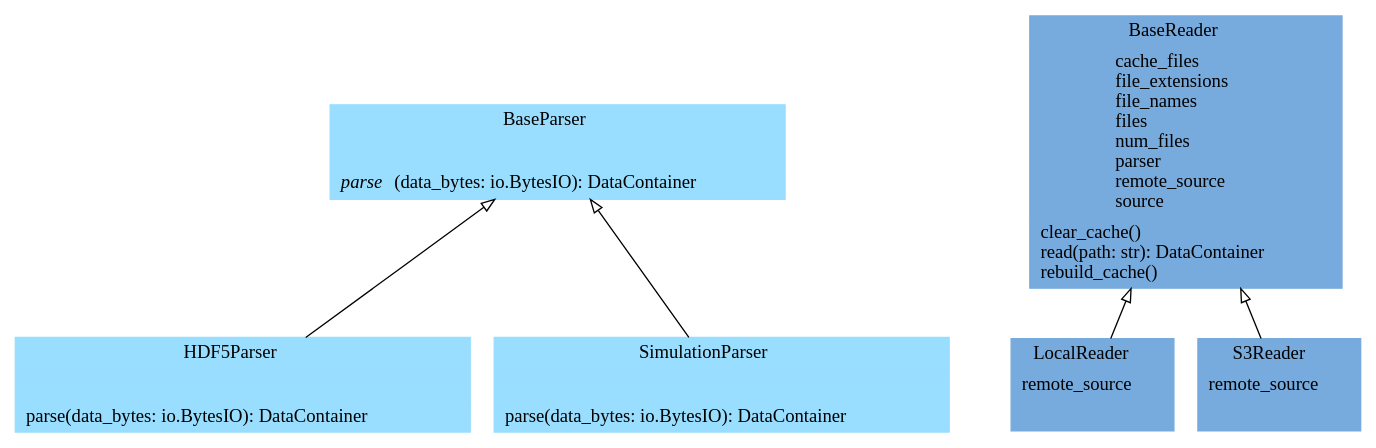
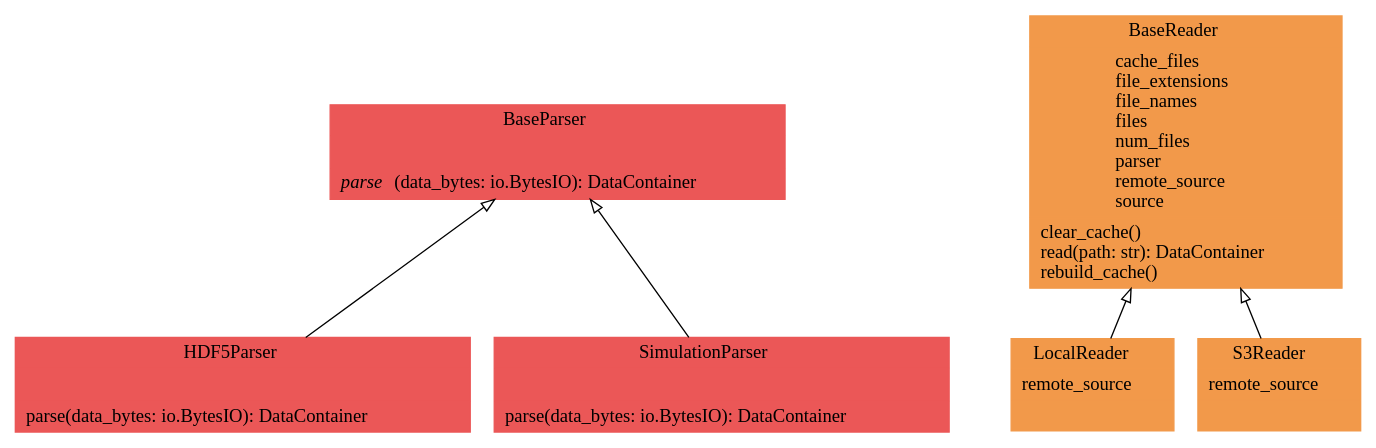
The diagram in docs/pyreverse/classes_pythermondt.readers.gv (voidsy-gmbh/pyThermoNDT), drawn with Graphviz before and after one commit. The commit also changed 29 other files, not shown here.

First line of the commit message:
Update the pyreverse diagrams in documentation folder to make them more readable (#44)

```diff
--- a/docs/pyreverse/classes_pythermondt.readers.gv
+++ b/docs/pyreverse/classes_pythermondt.readers.gv
@@ -1,14 +1,14 @@
 digraph "classes_pythermondt.readers" {
 rankdir=BT
 charset="utf-8"
-"pythermondt.readers.parsers.base_parser.BaseParser" [color="#99DDFF", fontcolor="black", label=<{BaseParser|<br ALIGN="LEFT"/>|<I>parse</I>(data_bytes: io.BytesIO): DataContainer<br ALIGN="LEFT"/>}>, shape="record", style="filled"];
-"pythermondt.readers.base_reader.BaseReader" [color="#77AADD", fontcolor="black", label=<{BaseReader|cache_files<br ALIGN="LEFT"/>file_extensions<br ALIGN="LEFT"/>file_names<br ALIGN="LEFT"/>files<br ALIGN="LEFT"/>num_files<br ALIGN="LEFT"/>parser<br ALIGN="LEFT"/>remote_source<br ALIGN="LEFT"/>source<br ALIGN="LEFT"/>|clear_cache()<br ALIGN="LEFT"/>read(path: str): DataContainer<br ALIGN="LEFT"/>rebuild_cache()<br ALIGN="LEFT"/>}>, shape="record", style="filled"];
-"pythermondt.readers.parsers.hdf5_parser.HDF5Parser" [color="#99DDFF", fontcolor="black", label=<{HDF5Parser|<br ALIGN="LEFT"/>|parse(data_bytes: io.BytesIO): DataContainer<br ALIGN="LEFT"/>}>, shape="record", style="filled"];
-"pythermondt.readers.local_reader.LocalReader" [color="#77AADD", fontcolor="black", label=<{LocalReader|remote_source<br ALIGN="LEFT"/>|}>, shape="record", style="filled"];
-"pythermondt.readers.s3_reader.S3Reader" [color="#77AADD", fontcolor="black", label=<{S3Reader|remote_source<br ALIGN="LEFT"/>|}>, shape="record", style="filled"];
-"pythermondt.readers.parsers.simulation_parser.SimulationParser" [color="#99DDFF", fontcolor="black", label=<{SimulationParser|<br ALIGN="LEFT"/>|parse(data_bytes: io.BytesIO): DataContainer<br ALIGN="LEFT"/>}>, shape="record", style="filled"];
+"pythermondt.readers.parsers.base_parser.BaseParser" [color="#EB5757", fontcolor="black", label=<{BaseParser|<br ALIGN="LEFT"/>|<I>parse</I>(data_bytes: io.BytesIO): DataContainer<br ALIGN="LEFT"/>}>, shape="record", style="filled"];
+"pythermondt.readers.base_reader.BaseReader" [color="#F2994A", fontcolor="black", label=<{BaseReader|cache_files<br ALIGN="LEFT"/>file_extensions<br ALIGN="LEFT"/>file_names<br ALIGN="LEFT"/>files<br ALIGN="LEFT"/>num_files<br ALIGN="LEFT"/>parser<br ALIGN="LEFT"/>remote_source<br ALIGN="LEFT"/>source<br ALIGN="LEFT"/>|clear_cache()<br ALIGN="LEFT"/>read(path: str): DataContainer<br ALIGN="LEFT"/>rebuild_cache()<br ALIGN="LEFT"/>}>, shape="record", style="filled"];
+"pythermondt.readers.parsers.hdf5_parser.HDF5Parser" [color="#EB5757", fontcolor="black", label=<{HDF5Parser|<br ALIGN="LEFT"/>|parse(data_bytes: io.BytesIO): DataContainer<br ALIGN="LEFT"/>}>, shape="record", style="filled"];
+"pythermondt.readers.local_reader.LocalReader" [color="#F2994A", fontcolor="black", label=<{LocalReader|remote_source<br ALIGN="LEFT"/>|}>, shape="record", style="filled"];
+"pythermondt.readers.s3_reader.S3Reader" [color="#F2994A", fontcolor="black", label=<{S3Reader|remote_source<br ALIGN="LEFT"/>|}>, shape="record", style="filled"];
+"pythermondt.readers.parsers.simulation_parser.SimulationParser" [color="#EB5757", fontcolor="black", label=<{SimulationParser|<br ALIGN="LEFT"/>|parse(data_bytes: io.BytesIO): DataContainer<br ALIGN="LEFT"/>}>, shape="record", style="filled"];
 "pythermondt.readers.local_reader.LocalReader" -> "pythermondt.readers.base_reader.BaseReader" [arrowhead="empty", arrowtail="none"];
 "pythermondt.readers.parsers.hdf5_parser.HDF5Parser" -> "pythermondt.readers.parsers.base_parser.BaseParser" [arrowhead="empty", arrowtail="none"];
 "pythermondt.readers.parsers.simulation_parser.SimulationParser" -> "pythermondt.readers.parsers.base_parser.BaseParser" [arrowhead="empty", arrowtail="none"];
 "pythermondt.readers.s3_reader.S3Reader" -> "pythermondt.readers.base_reader.BaseReader" [arrowhead="empty", arrowtail="none"];
 }
```
